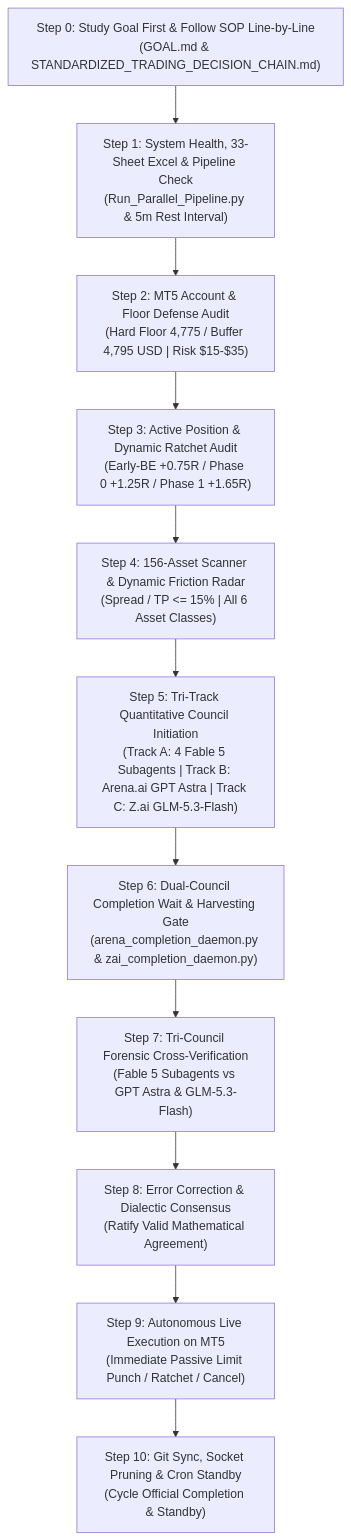
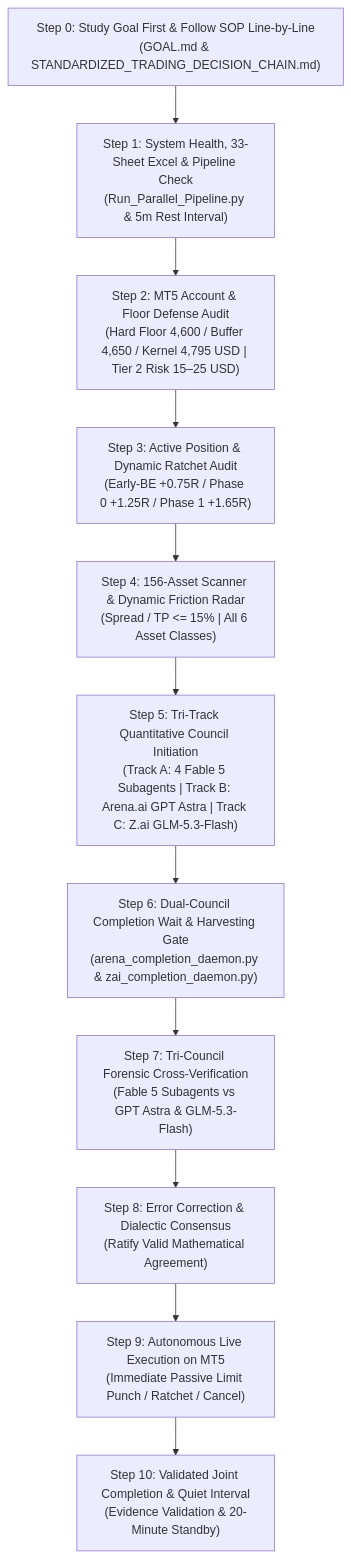
Before and after one commit to kbsingh1399/Trading_2: the diagram in Data/Manditory/AUTONOMOUS_WAKEUP_CHECKLIST.md, drawn with Mermaid. The commit also changed other lines of this file and 47 other files, not shown here.

````diff
--- a/Data/Manditory/AUTONOMOUS_WAKEUP_CHECKLIST.md
+++ b/Data/Manditory/AUTONOMOUS_WAKEUP_CHECKLIST.md
@@ -149,12 +142,12 @@
 ```mermaid
 flowchart TD
-    S0["Step 0: Study Goal First & Follow SOP Line-by-Line<br/>(GOAL.md & STANDARDIZED_TRADING_DECISION_CHAIN.md)"] --> S1["Step 1: System Health, 33-Sheet Excel & Pipeline Check<br/>(Run_Parallel_Pipeline.py & 5m Rest Interval)"] --> S2["Step 2: MT5 Account & Floor Defense Audit<br/>(Hard Floor 4,775 / Buffer 4,795 USD | Risk $15-$35)"]
+    S0["Step 0: Study Goal First & Follow SOP Line-by-Line<br/>(GOAL.md & STANDARDIZED_TRADING_DECISION_CHAIN.md)"] --> S1["Step 1: System Health, 33-Sheet Excel & Pipeline Check<br/>(Run_Parallel_Pipeline.py & 5m Rest Interval)"] --> S2["Step 2: MT5 Account & Floor Defense Audit<br/>(Hard Floor 4,600 / Buffer 4,650 / Kernel 4,795 USD | Tier 2 Risk 15–25 USD)"]
     S2 --> S3["Step 3: Active Position & Dynamic Ratchet Audit<br/>(Early-BE +0.75R / Phase 0 +1.25R / Phase 1 +1.65R)"]
     S3 --> S4["Step 4: 156-Asset Scanner & Dynamic Friction Radar<br/>(Spread / TP <= 15% | All 6 Asset Classes)"]
     S4 --> S5["Step 5: Tri-Track Quantitative Council Initiation<br/>(Track A: 4 Fable 5 Subagents | Track B: Arena.ai GPT Astra | Track C: Z.ai GLM-5.3-Flash)"]
     S5 --> S6["Step 6: Dual-Council Completion Wait & Harvesting Gate<br/>(arena_completion_daemon.py & zai_completion_daemon.py)"]
     S6 --> S7["Step 7: Tri-Council Forensic Cross-Verification<br/>(Fable 5 Subagents vs GPT Astra & GLM-5.3-Flash)"]
     S8 --> S9["Step 9: Autonomous Live Execution on MT5<br/>(Immediate Passive Limit Punch / Ratchet / Cancel)"]
     S7 --> S8["Step 8: Error Correction & Dialectic Consensus<br/>(Ratify Valid Mathematical Agreement)"]
-    S9 --> S10["Step 10: Git Sync, Socket Pruning & Cron Standby<br/>(Cycle Official Completion & Standby)"]
+    S9 --> S10["Step 10: Validated Joint Completion & Quiet Interval<br/>(Evidence Validation & 20-Minute Standby)"]
 ```
````
